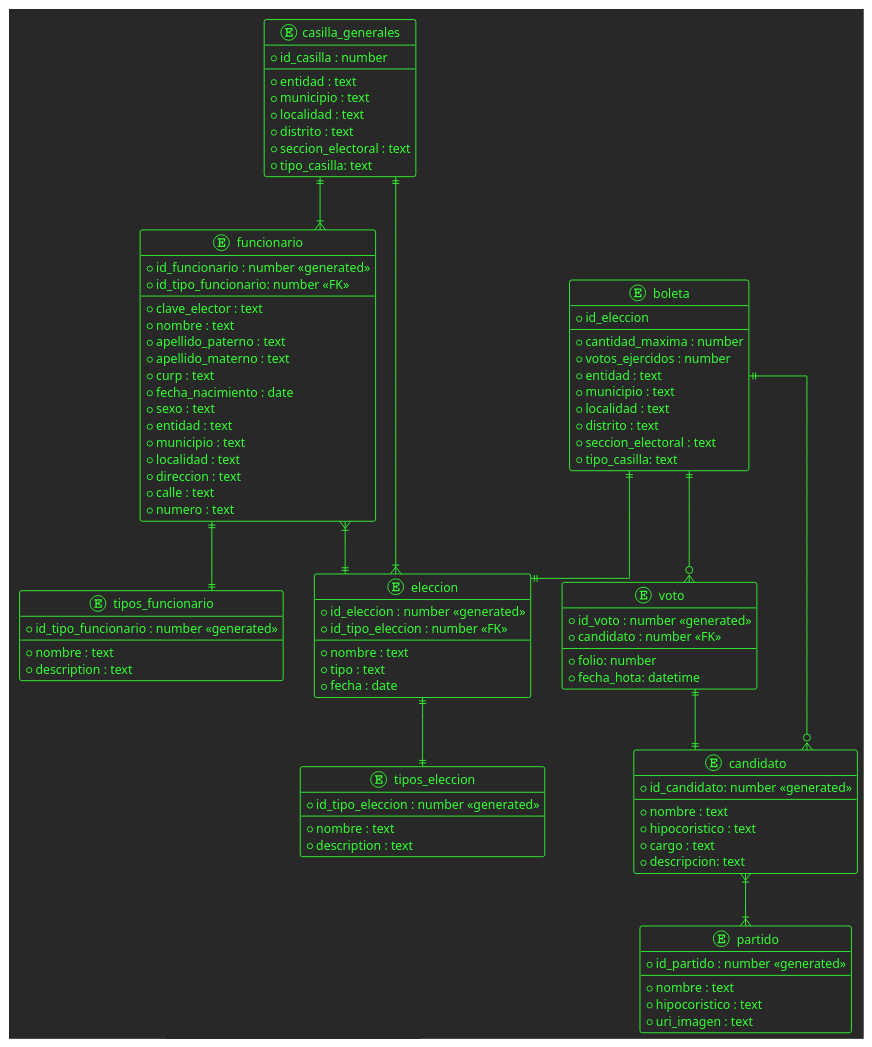
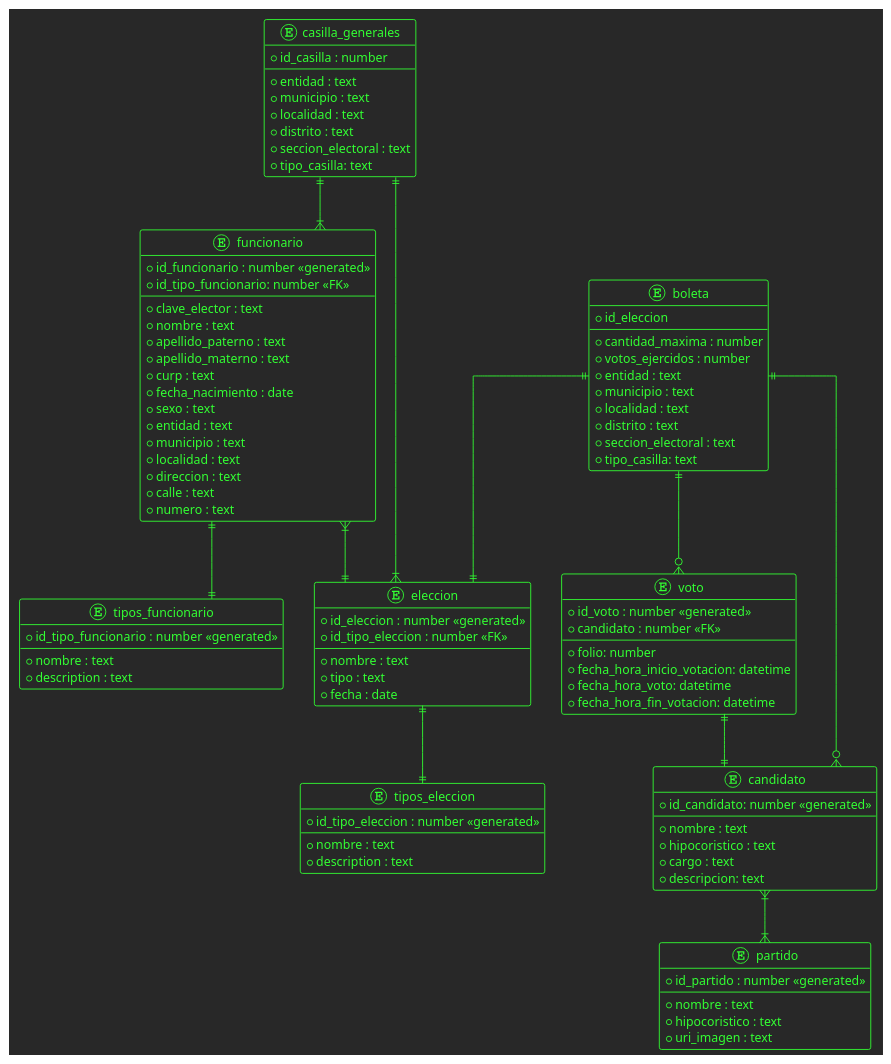
Before and after one commit to EkBalam/urna_electronica: the diagram in documentacion/diagrams/database.puml, drawn with PlantUML. The commit also changed 2 other files, not shown here.

```diff
--- a/documentacion/diagrams/database.puml
+++ b/documentacion/diagrams/database.puml
@@ -1,110 +1,112 @@
 @startuml
 
 !theme crt-green
 
 skinparam linetype ortho
 
 entity casilla_generales{
     * id_casilla : number
     --
     * entidad : text
     * municipio : text
     * localidad : text
     * distrito : text
     * seccion_electoral : text
     * tipo_casilla: text
 }
 
 entity funcionario{
     * id_funcionario : number <<generated>>
     * id_tipo_funcionario: number <<FK>>
     --
     * clave_elector : text
     * nombre : text
     * apellido_paterno : text
     * apellido_materno : text
     * curp : text
     * fecha_nacimiento : date
     * sexo : text
     * entidad : text
     * municipio : text
     * localidad : text
     * direccion : text
     * calle : text
     * numero : text
 }
 
 entity tipos_funcionario{
     * id_tipo_funcionario : number <<generated>>
     --
     * nombre : text
     * description : text
 }
 
 entity eleccion {
     * id_eleccion : number <<generated>>
     * id_tipo_eleccion : number <<FK>>
     --
     * nombre : text
     * tipo : text        
     * fecha : date
 }
 
 entity tipos_eleccion{
     * id_tipo_eleccion : number <<generated>>
     --
     * nombre : text
     * description : text
 }
 
 
 entity boleta{
     * id_eleccion
     --
     * cantidad_maxima : number
     * votos_ejercidos : number
     * entidad : text
     * municipio : text
     * localidad : text
     * distrito : text
     * seccion_electoral : text
     * tipo_casilla: text
 }
 
 entity voto{
     * id_voto : number <<generated>>
     * candidato : number <<FK>>
     --
     * folio: number
-    * fecha_hota: datetime
+    * fecha_hora_inicio_votacion: datetime
+    * fecha_hora_voto: datetime
+    * fecha_hora_fin_votacion: datetime
 }
 
 entity candidato{
     * id_candidato: number <<generated>>
     --
     * nombre : text
     * hipocoristico : text
     * cargo : text
     * descripcion: text
 }
 
 entity partido{
     * id_partido : number <<generated>>
     --
     * nombre : text
     * hipocoristico : text
     * uri_imagen : text
 }
 
 funcionario ||--|| tipos_funcionario
 funcionario }|--|| eleccion
 eleccion ||--|| tipos_eleccion
 boleta ||--|| eleccion
 boleta ||--o{ candidato
 boleta ||--o{ voto
 voto ||--|| candidato
 candidato }|--|{ partido
 casilla_generales ||--|{ funcionario
 casilla_generales ||--|{ eleccion
 
 @enduml
```
